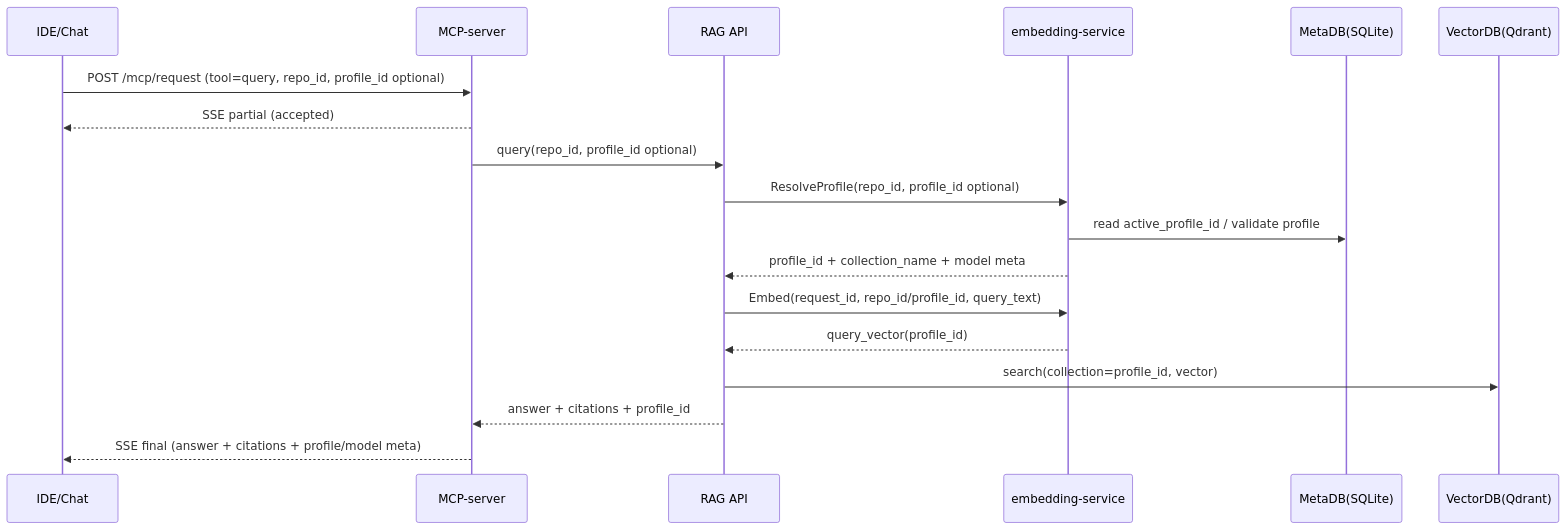
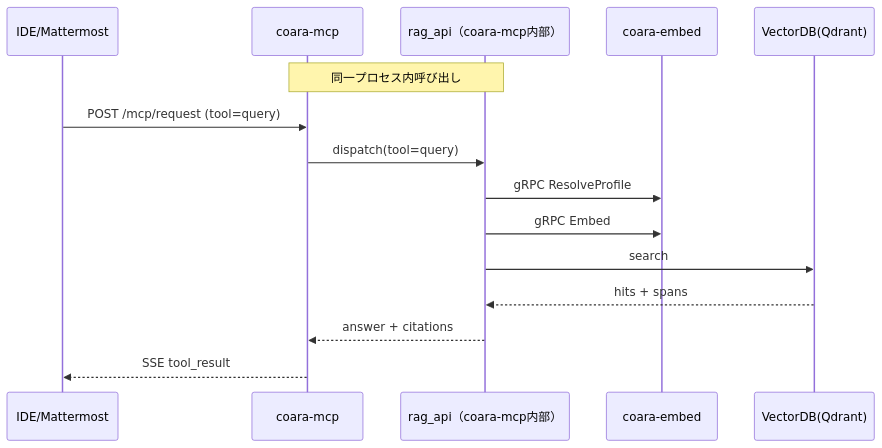
The second of 3 diagrams in docs/interface_specification.md (ramsesyok/coara), drawn with Mermaid before and after one commit. The commit also changed other lines of this file and 1 other file, not shown here.

````diff
--- a/docs/interface_specification.md
+++ b/docs/interface_specification.md
@@ -567,26 +226,18 @@
 ```mermaid
 sequenceDiagram
-  participant Client as IDE/Chat
-  participant MCP as MCP-server
-  participant RAG as RAG API
-  participant ES as embedding-service
-  participant MDB as MetaDB(SQLite)
-  participant VDB as VectorDB(Qdrant)
+    participant IDE as IDE/Mattermost
+    participant MCP as coara-mcp
+    participant RAG as rag_api（coara-mcp内部）
+    participant EMB as coara-embed
+    participant VDB as VectorDB(Qdrant)
 
-  Client->>MCP: POST /mcp/request (tool=query, repo_id, profile_id optional)
-  MCP-->>Client: SSE partial (accepted)
-
-  MCP->>RAG: query(repo_id, profile_id optional)
-
-  RAG->>ES: ResolveProfile(repo_id, profile_id optional)
-  ES->>MDB: read active_profile_id / validate profile
-  ES-->>RAG: profile_id + collection_name + model meta
-
-  RAG->>ES: Embed(request_id, repo_id/profile_id, query_text)
-  ES-->>RAG: query_vector(profile_id)
-
-  RAG->>VDB: search(collection=profile_id, vector)
-  RAG-->>MCP: answer + citations + profile_id
-
-  MCP-->>Client: SSE final (answer + citations + profile/model meta)
+    note over MCP,RAG: 同一プロセス内呼び出し
+    IDE->>MCP: POST /mcp/request (tool=query)
+    MCP->>RAG: dispatch(tool=query)
+    RAG->>EMB: gRPC ResolveProfile
+    RAG->>EMB: gRPC Embed
+    RAG->>VDB: search
+    VDB-->>RAG: hits + spans
+    RAG-->>MCP: answer + citations
+    MCP-->>IDE: SSE tool_result
 ```
````
